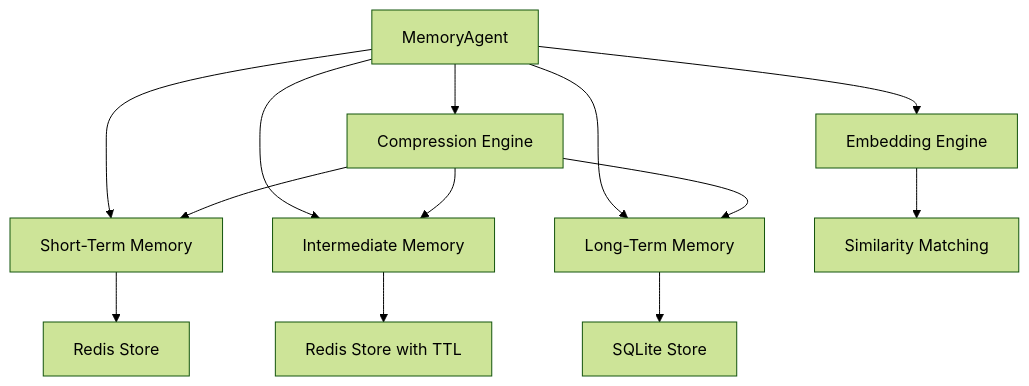
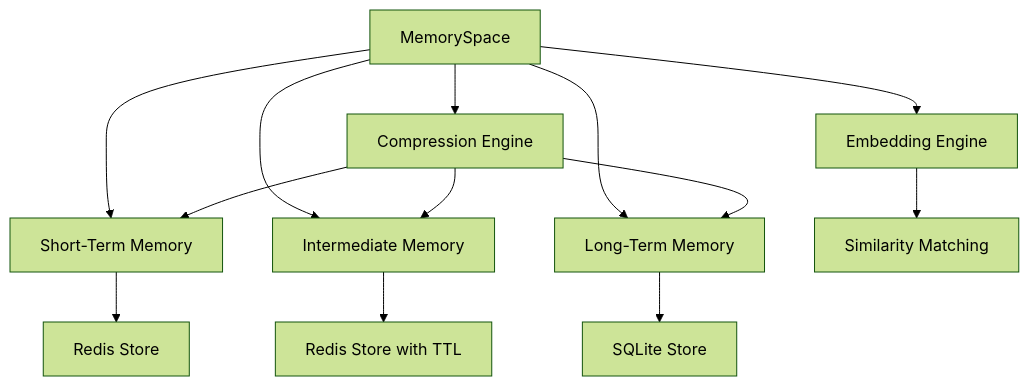
One commit to Dooders/AgentMemory changed the diagram in docs/agent_memory.md. Above: the diagram before and after it, drawn with Mermaid (forest theme). The commit also changed other lines of this file and 44 other files, not shown here.

First line of the commit message:
Refactor memory handling to use MemorySpace instead of MemoryAgent

````diff
--- a/docs/agent_memory.md
+++ b/docs/agent_memory.md
@@ -7,18 +7,18 @@
 ```mermaid
 graph TD
-    MA[MemoryAgent] --> STM[Short-Term Memory]
+    MA[MemorySpace] --> STM[Short-Term Memory]
     MA --> IM[Intermediate Memory]
     MA --> LTM[Long-Term Memory]
     MA --> CE[Compression Engine]
     MA --> EE[Embedding Engine]
     
     STM --> RS1[Redis Store]
     IM --> RS2[Redis Store with TTL]
     LTM --> SQ[SQLite Store]
     
     CE --> STM
     CE --> IM
     CE --> LTM
     
     EE --> SM[Similarity Matching]
 ```
````
